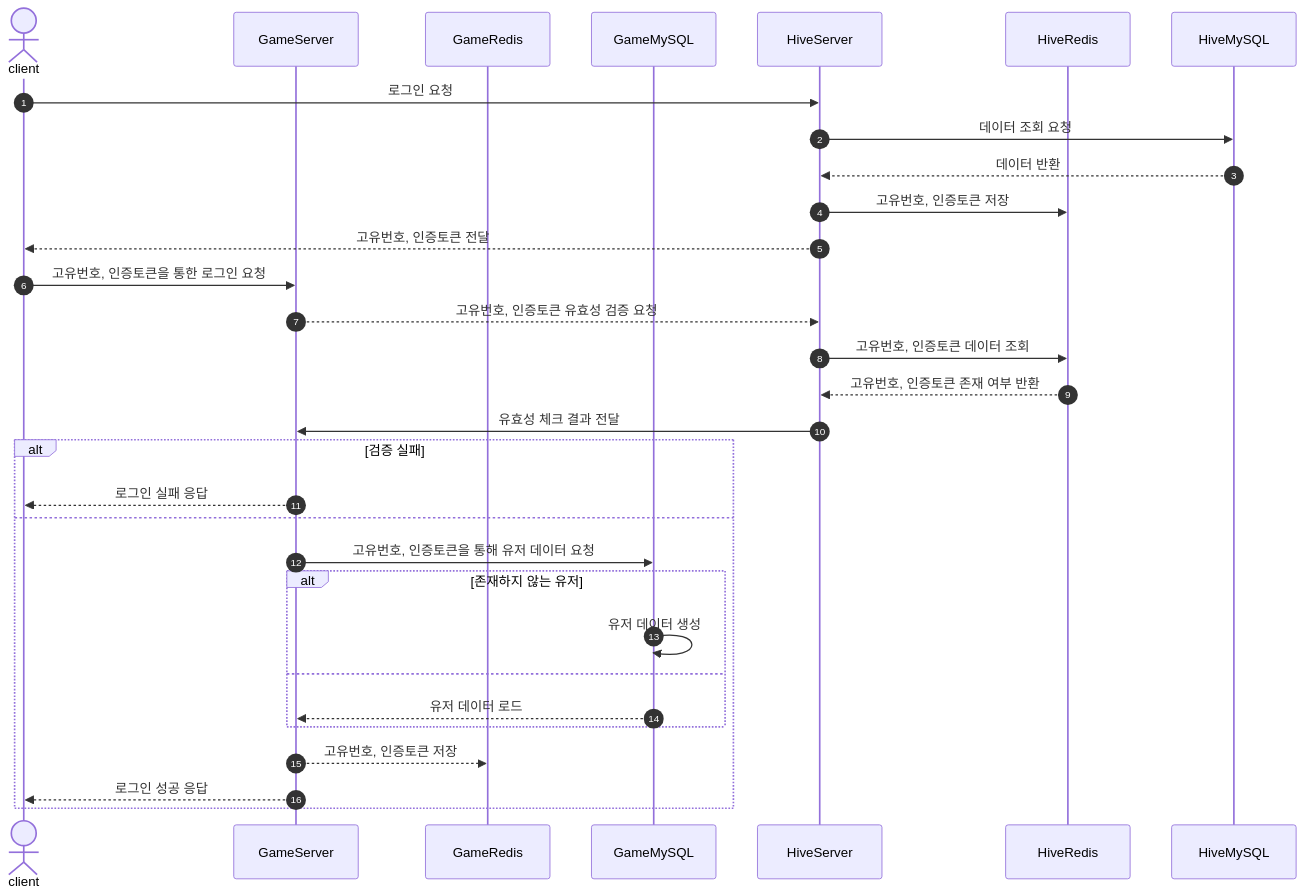
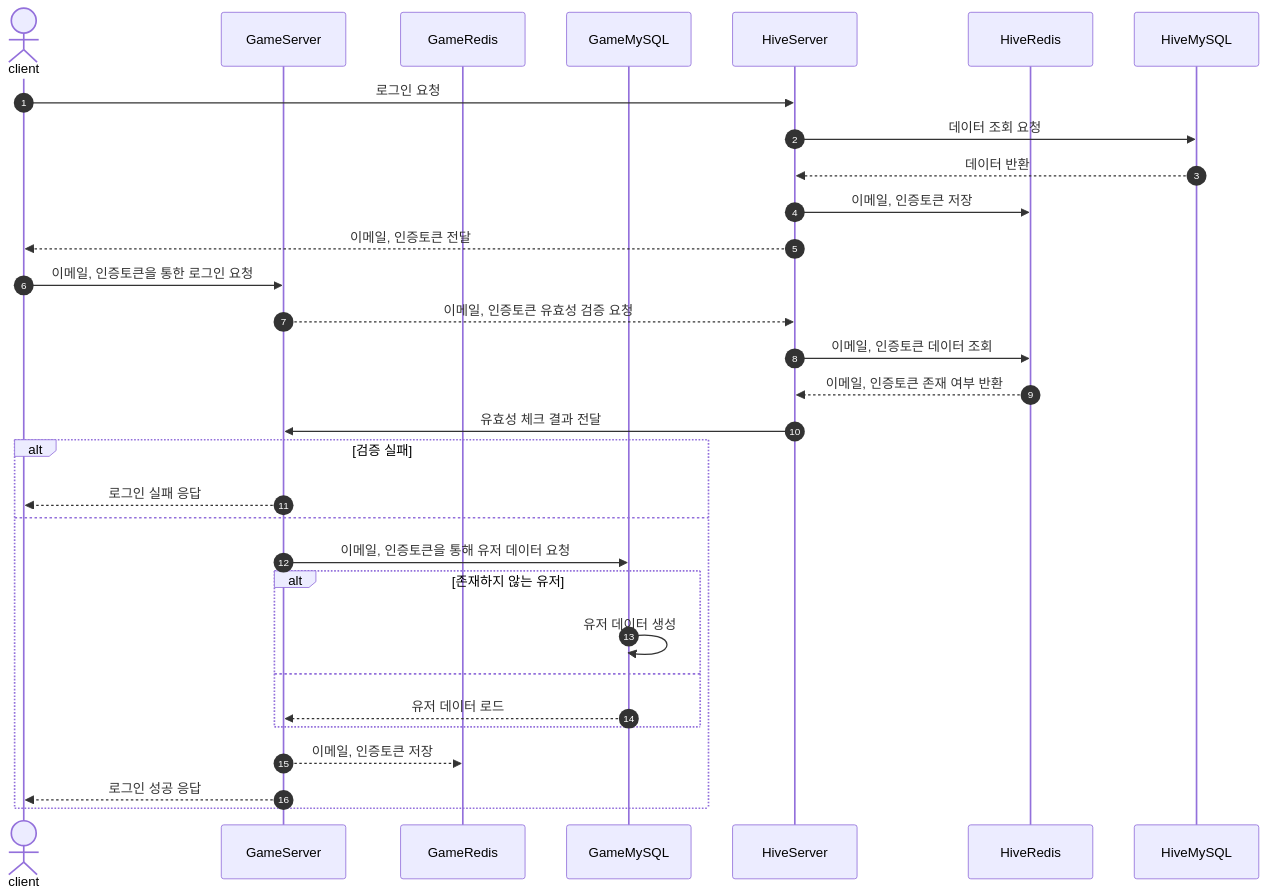
One commit to hhes0225/OmokServer changed the second of 2 diagrams in SequenceDiagram.md. Above: the diagram before and after it, drawn with Mermaid.

````diff
--- a/SequenceDiagram.md
+++ b/SequenceDiagram.md
@@ -16,33 +16,33 @@
 ```mermaid
 sequenceDiagram
   autonumber
   actor A as client
   participant B as GameServer
   participant C as GameRedis
   participant D as GameMySQL
   participant E as HiveServer
   participant F as HiveRedis
   participant G as HiveMySQL
   A->>E:로그인 요청
   E->>G: 데이터 조회 요청
   G-->>E: 데이터 반환
-  E->>F: 고유번호, 인증토큰 저장
-  E-->>A: 고유번호, 인증토큰 전달
-  A->>B: 고유번호, 인증토큰을 통한 로그인 요청
-  B-->>E: 고유번호, 인증토큰 유효성 검증 요청
-  E->>F: 고유번호, 인증토큰 데이터 조회
-  F-->>E: 고유번호, 인증토큰 존재 여부 반환
+  E->>F: 이메일, 인증토큰 저장
+  E-->>A: 이메일, 인증토큰 전달
+  A->>B: 이메일, 인증토큰을 통한 로그인 요청
+  B-->>E: 이메일, 인증토큰 유효성 검증 요청
+  E->>F: 이메일, 인증토큰 데이터 조회
+  F-->>E: 이메일, 인증토큰 존재 여부 반환
   E->>B: 유효성 체크 결과 전달
   alt 검증 실패
       B-->>A: 로그인 실패 응답
   else
-      B->>D: 고유번호, 인증토큰을 통해 유저 데이터 요청
+      B->>D: 이메일, 인증토큰을 통해 유저 데이터 요청
       alt 존재하지 않는 유저
           D->>D: 유저 데이터 생성
       else
           D-->>B: 유저 데이터 로드
       end
-      B-->>C: 고유번호, 인증토큰 저장
+      B-->>C: 이메일, 인증토큰 저장
       B-->>A: 로그인 성공 응답
   end
 ```
````
